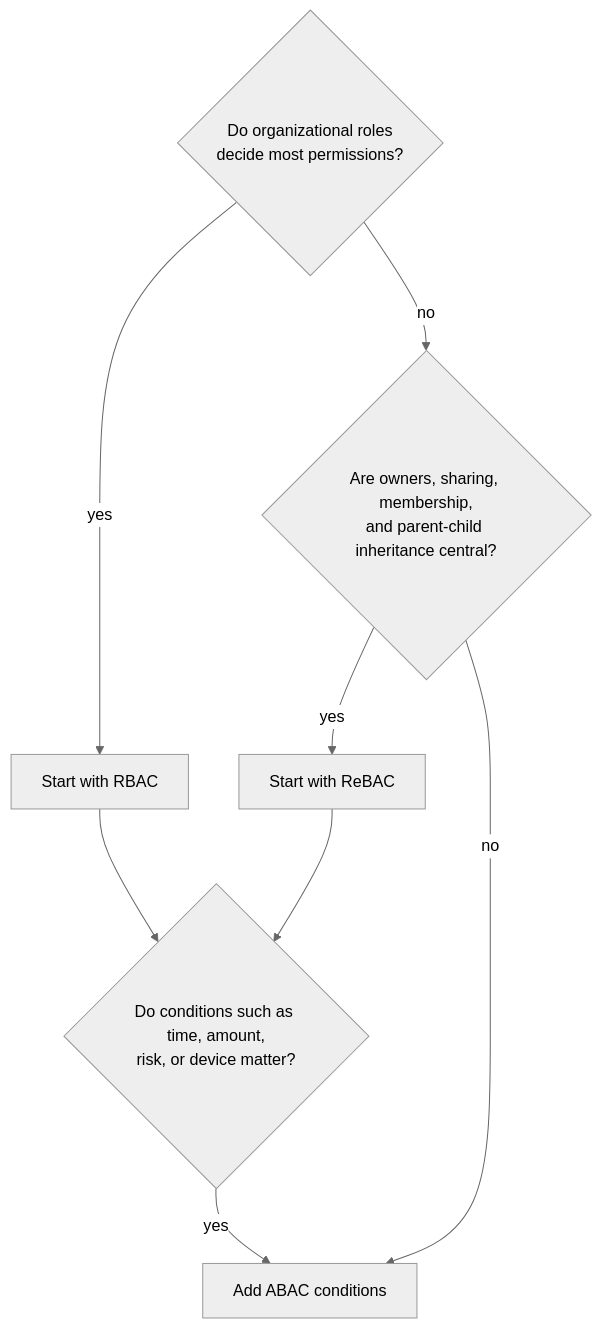
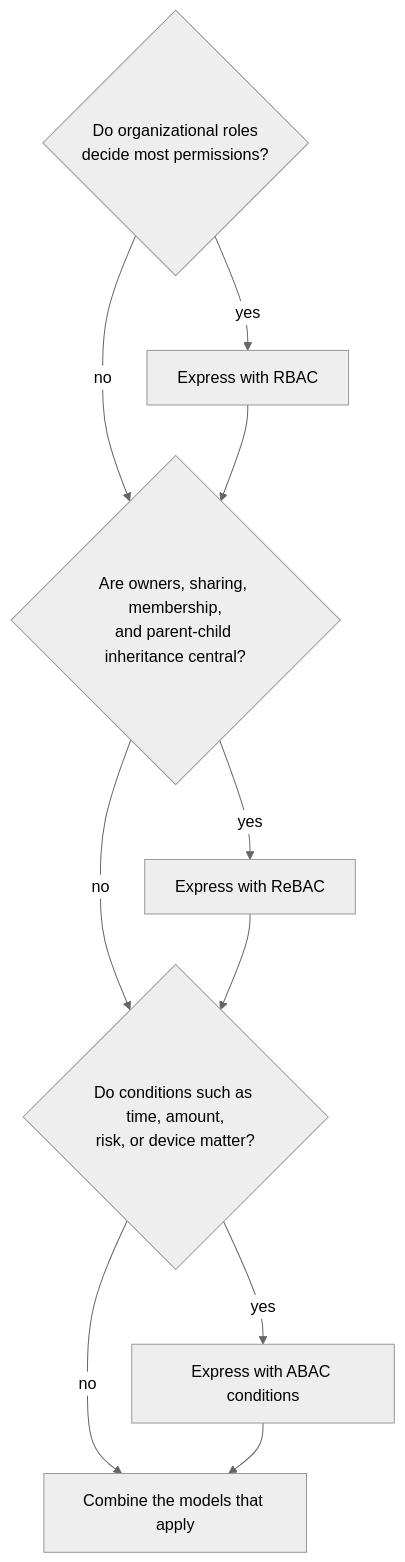
One commit to bmf-san/bmf-tech changed the fourth of 4 diagrams in content/en/posts/authorization-architecture-models-engines.md. Above: the diagram before and after it, drawn with Mermaid (neutral theme). The commit also changed other lines of this file and 1 other file, not shown here.

Commit message:
docs: 認可のモデルの記事で、PEPの図をゲートウェイとサービス内に分け、設計の要点を外し、モデルの組み合わせの図と一覧の出典の範囲を直す

````diff
--- a/content/en/posts/authorization-architecture-models-engines.md
+++ b/content/en/posts/authorization-architecture-models-engines.md
@@ -160,16 +161,19 @@
 ```mermaid
 flowchart TD
     Q1{"Do organizational roles<br/>decide most permissions?"}
     Q2{"Are owners, sharing, membership,<br/>and parent-child inheritance central?"}
     Q3{"Do conditions such as time, amount,<br/>risk, or device matter?"}
-    R["Start with RBAC"]
-    B["Start with ReBAC"]
-    A["Add ABAC conditions"]
+    R["Express with RBAC"]
+    B["Express with ReBAC"]
+    A["Express with ABAC conditions"]
+    E["Combine the models that apply"]
     Q1 -- "yes" --> R
     Q1 -- "no" --> Q2
+    R --> Q2
     Q2 -- "yes" --> B
-    Q2 -- "no" --> A
-    R --> Q3
+    Q2 -- "no" --> Q3
     B --> Q3
     Q3 -- "yes" --> A
+    Q3 -- "no" --> E
+    A --> E
 ```
````
